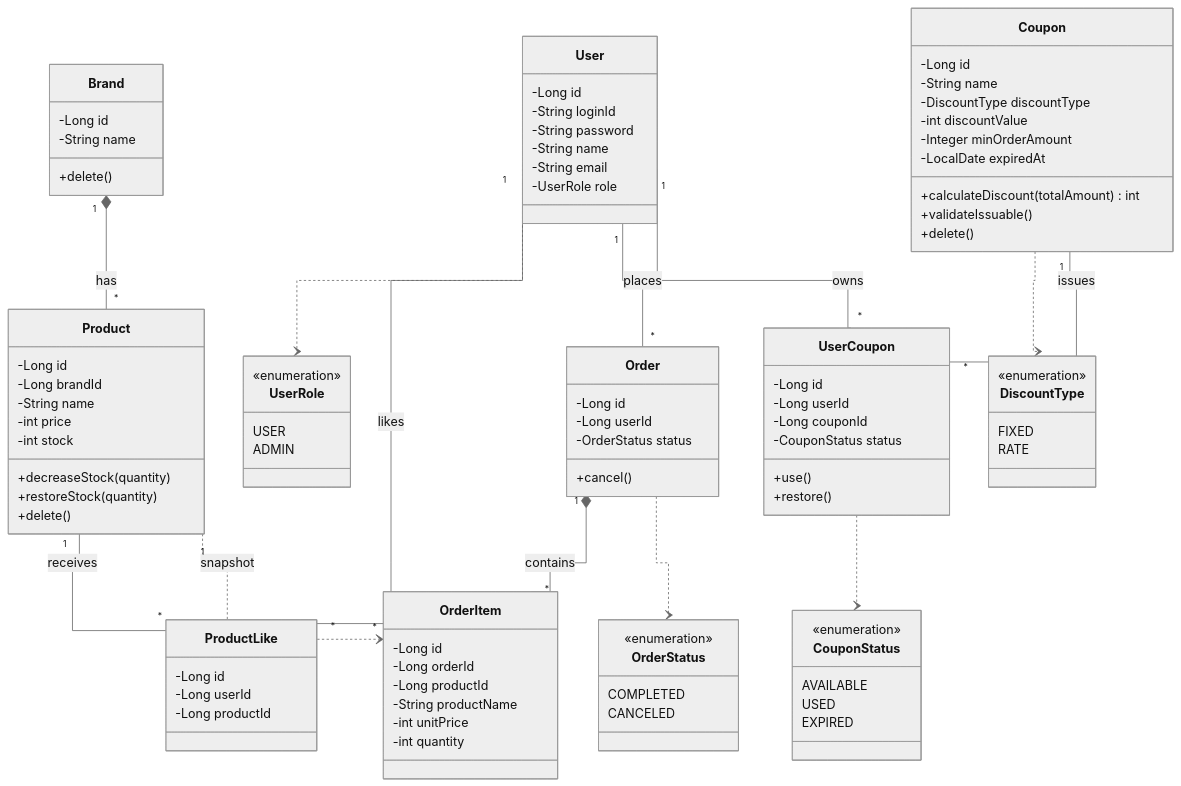
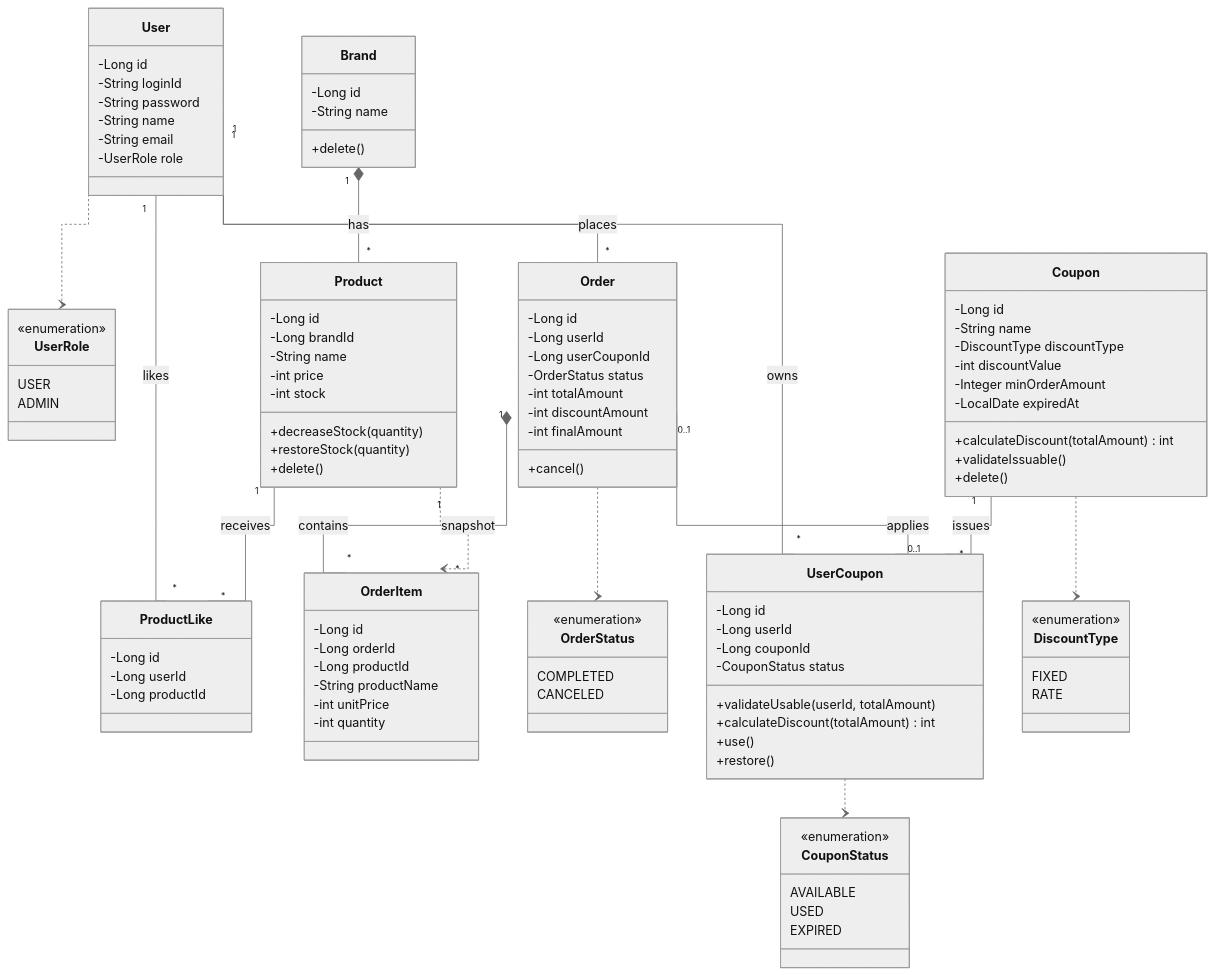
One commit to kimjunyoung90/loop-pack-be-l2-vol3-java changed the diagram in docs/design/03-class-diagram.md. Above: the diagram before and after it, drawn with Mermaid (neutral theme). The commit also changed 3 other files, not shown here.

````diff
--- a/docs/design/03-class-diagram.md
+++ b/docs/design/03-class-diagram.md
@@ -46,7 +46,11 @@
     class Order {
         -Long id
         -Long userId
+        -Long userCouponId
         -OrderStatus status
+        -int totalAmount
+        -int discountAmount
+        -int finalAmount
         +cancel()
     }
 
@@ -82,6 +86,8 @@
         -Long userId
         -Long couponId
         -CouponStatus status
+        +validateUsable(userId, totalAmount)
+        +calculateDiscount(totalAmount) int
         +use()
         +restore()
     }
@@ -109,6 +115,7 @@
     Order ..> OrderStatus
     Product "1" ..> "*" OrderItem : snapshot
     Coupon ..> DiscountType
+    Order "0..1" -- "0..1" UserCoupon : applies
     Coupon "1" -- "*" UserCoupon : issues
     UserCoupon ..> CouponStatus
 ```
````
